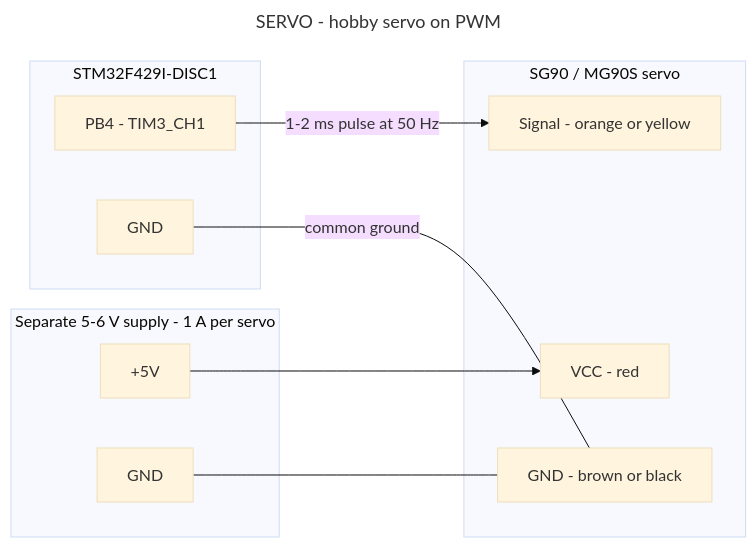
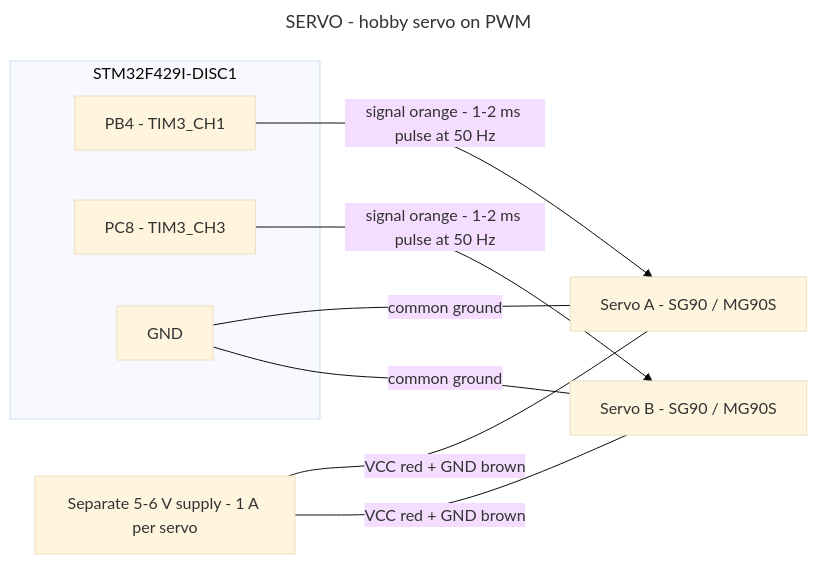
The diagram in Sensor_Cons/Peripherals/SERVO/servo_wiring.mmd (Ekpenyong-Esu/BareMetalMCU2), drawn with Mermaid (base theme) before and after one commit. The commit also changed 4 other files, not shown here.

```diff
--- a/Sensor_Cons/Peripherals/SERVO/servo_wiring.mmd
+++ b/Sensor_Cons/Peripherals/SERVO/servo_wiring.mmd
@@ -1,32 +1,31 @@
 ---
 title: SERVO - hobby servo on PWM
 ---
 %% Pins from Applications/servo_sweep_app/servo_sweep_app.c.
-%% PB4 = TIM3_CH1 (AF2), free in project.ioc.
+%% PB4 = TIM3_CH1 and PC8 = TIM3_CH3 (AF2), both free in project.ioc. TIM3's
+%% other two channels only reach pins the LCD and SDRAM already own.
+%% Both servos share TIM3, so they share one 50 Hz frame.
 %% NEVER power the servo from the board 5V pin. Even an SG90 pulls stall
 %% currents that will brown out the MCU and reset it mid-sweep.
 %% The grounds MUST be tied together or the pulse has no reference and the
 %% servo jitters or ignores it.
 %% Signal is 3.3 V; almost every hobby servo accepts that as logic high.
-%% 50 Hz frame, 1.0-2.0 ms pulse. Four servos = TIM3 CH1-4 on separate pins.
+%% 50 Hz frame, 1.0-2.0 ms pulse.
 flowchart LR
-    subgraph PSU["Separate 5-6 V supply - 1 A per servo"]
-        VP["+5V"]
-        VG["GND"]
-    end
-
     subgraph MCU["STM32F429I-DISC1"]
-        PWM["PB4 - TIM3_CH1"]
+        PWMA["PB4 - TIM3_CH1"]
+        PWMB["PC8 - TIM3_CH3"]
         GND["GND"]
     end
 
-    subgraph SRV["SG90 / MG90S servo"]
-        sSIG["Signal - orange or yellow"]
-        sV["VCC - red"]
-        sG["GND - brown or black"]
-    end
+    PSU["Separate 5-6 V supply - 1 A per servo"]
 
-    PWM -->|"1-2 ms pulse at 50 Hz"| sSIG
-    VP --> sV
-    VG --- sG
-    GND ---|"common ground"| sG
+    SRVA["Servo A - SG90 / MG90S"]
+    SRVB["Servo B - SG90 / MG90S"]
+
+    PWMA -->|"signal orange - 1-2 ms pulse at 50 Hz"| SRVA
+    PWMB -->|"signal orange - 1-2 ms pulse at 50 Hz"| SRVB
+    PSU ---|"VCC red + GND brown"| SRVA
+    PSU ---|"VCC red + GND brown"| SRVB
+    GND ---|"common ground"| SRVA
+    GND ---|"common ground"| SRVB
```
